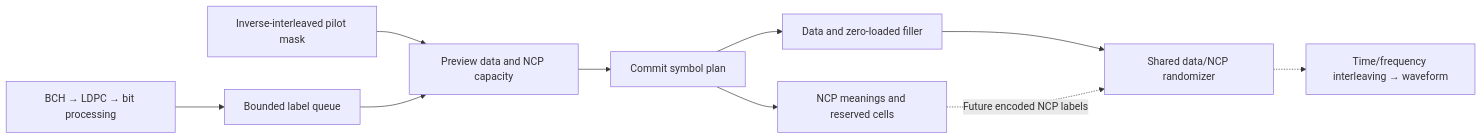
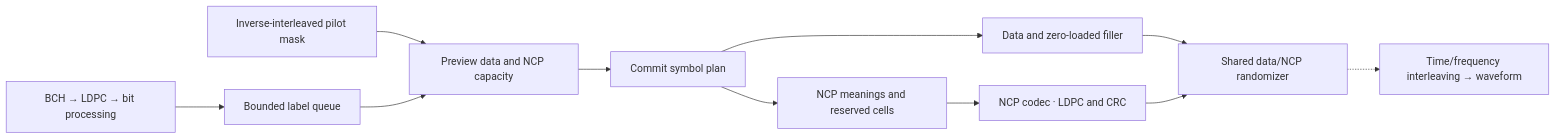
The diagram in docs/user/symbol-packing.md (mgarcia01752/merlin), drawn with Mermaid before and after one commit. The commit also changed other lines of this file and 28 other files, not shown here.

````diff
--- a/docs/user/symbol-packing.md
+++ b/docs/user/symbol-packing.md
@@ -27,12 +27,12 @@
 ```mermaid
 flowchart LR
     FEC["BCH → LDPC → bit processing"] --> QUEUE["Bounded label queue"]
     MASK["Inverse-interleaved pilot mask"] --> PLAN["Preview data and NCP capacity"]
     QUEUE --> PLAN
     PLAN --> SYMBOL["Commit symbol plan"]
     SYMBOL --> DATA["Data and zero-loaded filler"]
     SYMBOL --> NCP["NCP meanings and reserved cells"]
     DATA --> RANDOM["Shared data/NCP randomizer"]
-    NCP -. "Future encoded NCP labels" .-> RANDOM
+    NCP --> ENCODE["NCP codec · LDPC and CRC"] --> RANDOM
     RANDOM -.-> FUTURE["Time/frequency interleaving → waveform"]
 ```
````
